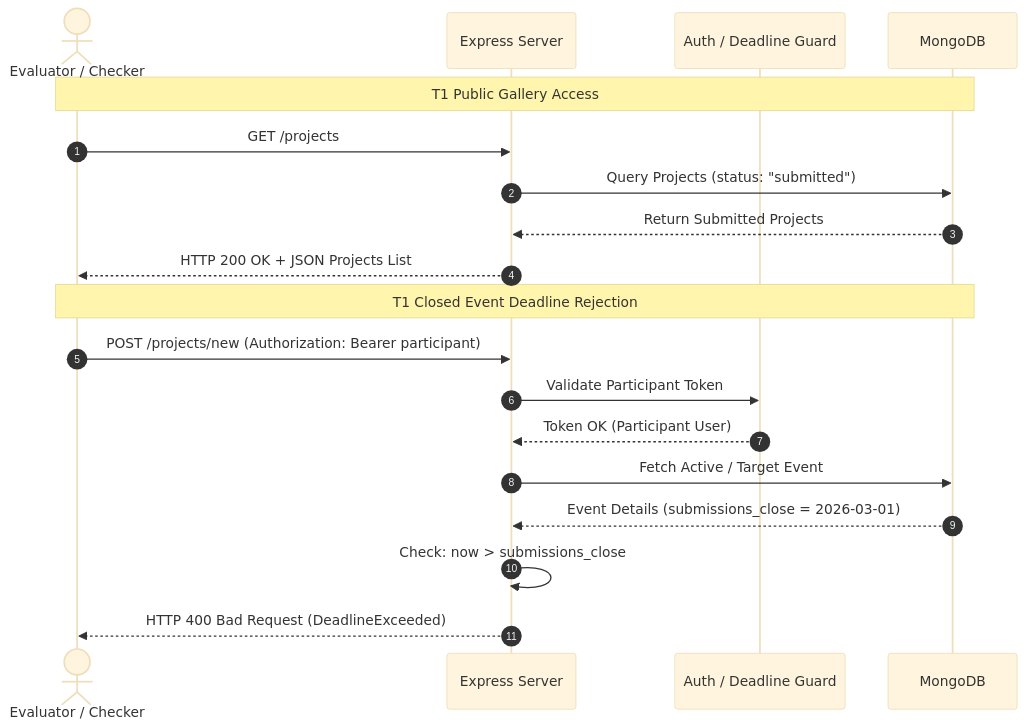
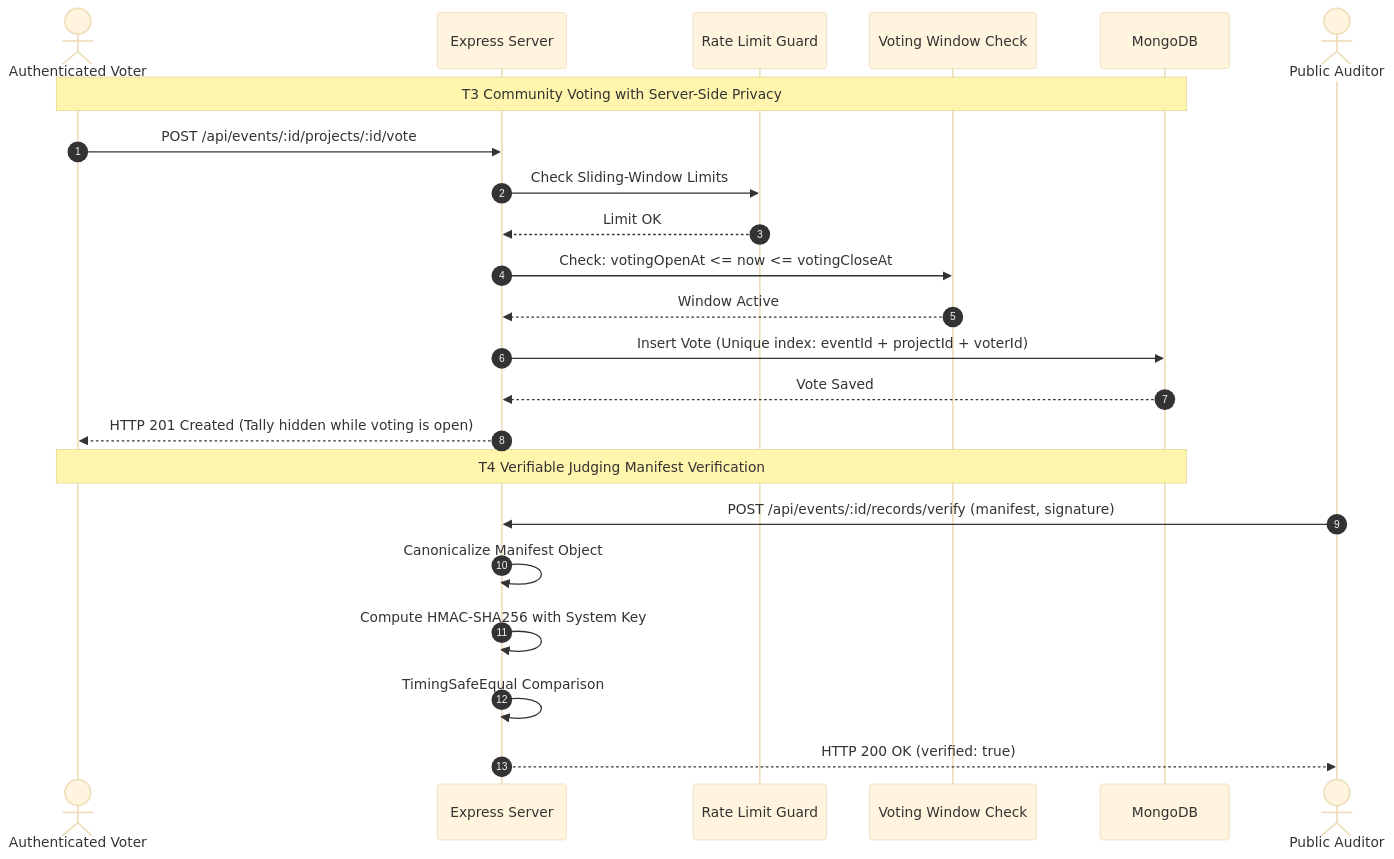
The second of 2 diagrams in ARCHITECTURE.md (Ishwar-Gaikwad/hack-hub), drawn with Mermaid (base theme) before and after one commit. The commit also changed other lines of this file and 3 other files, not shown here.

````diff
--- a/ARCHITECTURE.md
+++ b/ARCHITECTURE.md
@@ -69,23 +88,27 @@
 ```mermaid
 sequenceDiagram
     autonumber
-    actor Judge as Evaluator / Checker
+    actor Voter as Authenticated Voter
     participant Express as Express Server
-    participant Middleware as Auth / Deadline Guard
+    participant RateLimiter as Rate Limit Guard
+    participant Window as Voting Window Check
     participant DB as MongoDB
 
-    Note over Judge,DB: T1 Public Gallery Access
-    Judge->>Express: GET /projects
-    Express->>DB: Query Projects (status: "submitted")
-    DB-->>Express: Return Submitted Projects
-    Express-->>Judge: HTTP 200 OK + JSON Projects List
-
-    Note over Judge,DB: T1 Closed Event Deadline Rejection
-    Judge->>Express: POST /projects/new (Authorization: Bearer participant)
-    Express->>Middleware: Validate Participant Token
-    Middleware-->>Express: Token OK (Participant User)
-    Express->>DB: Fetch Active / Target Event
-    DB-->>Express: Event Details (submissions_close = 2026-03-01)
-    Express->>Express: Check: now > submissions_close
-    Express-->>Judge: HTTP 400 Bad Request (DeadlineExceeded)
+    Note over Voter,DB: T3 Community Voting with Server-Side Privacy
+    Voter->>Express: POST /api/events/:id/projects/:id/vote
+    Express->>RateLimiter: Check Sliding-Window Limits
+    RateLimiter-->>Express: Limit OK
+    Express->>Window: Check: votingOpenAt <= now <= votingCloseAt
+    Window-->>Express: Window Active
+    Express->>DB: Insert Vote (Unique index: eventId + projectId + voterId)
+    DB-->>Express: Vote Saved
+    Express-->>Voter: HTTP 201 Created (Tally hidden while voting is open)
+    
+    Note over Voter,DB: T4 Verifiable Judging Manifest Verification
+    actor Public as Public Auditor
+    Public->>Express: POST /api/events/:id/records/verify (manifest, signature)
+    Express->>Express: Canonicalize Manifest Object
+    Express->>Express: Compute HMAC-SHA256 with System Key
+    Express->>Express: TimingSafeEqual Comparison
+    Express-->>Public: HTTP 200 OK (verified: true)
 ```
````
